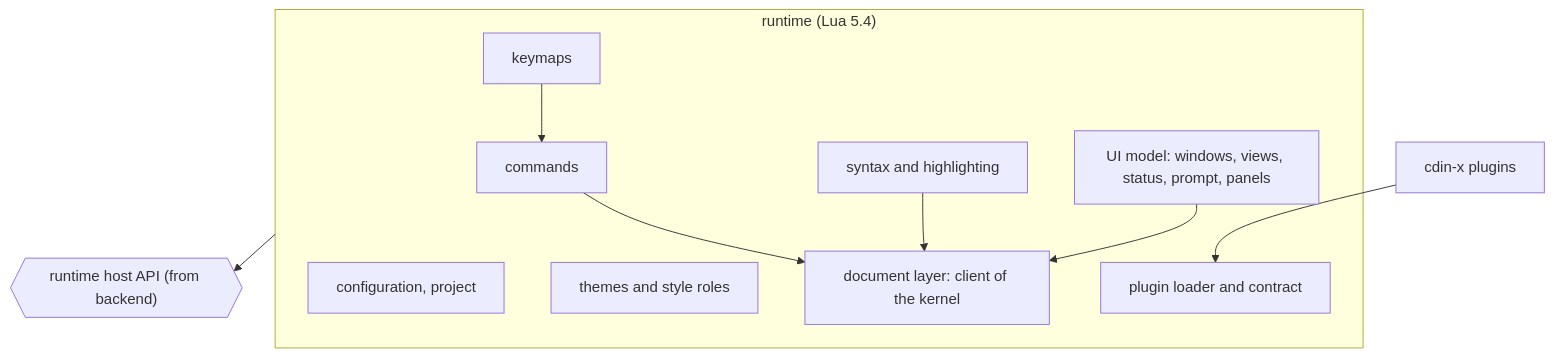
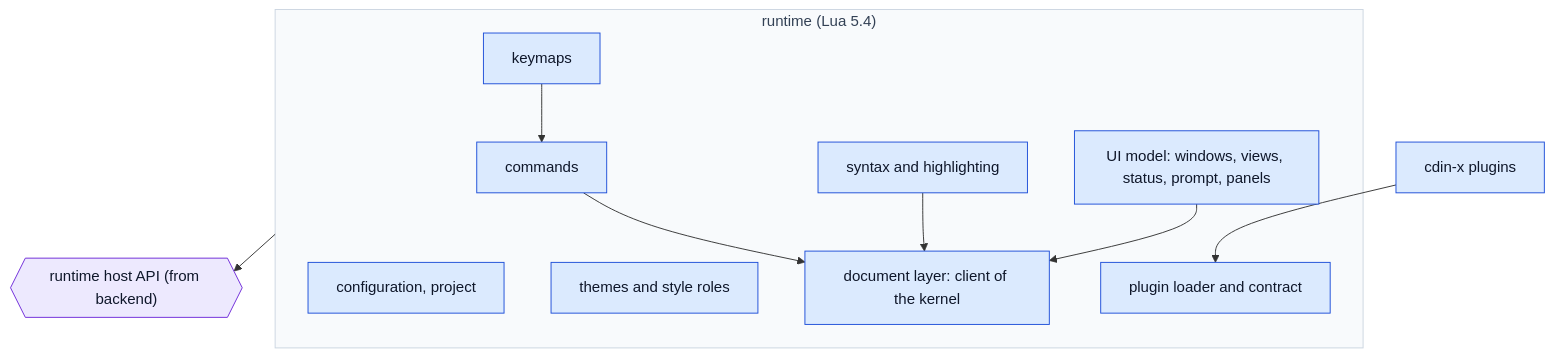
The diagram in docs/components/runtime.md (cdin-editor/spec), drawn with Mermaid before and after one commit. The commit also changed other lines of this file and 6 other files, not shown here.

````diff
--- a/docs/components/runtime.md
+++ b/docs/components/runtime.md
@@ -22,21 +22,27 @@
 ```mermaid
 flowchart TB
     subgraph RT["runtime (Lua 5.4)"]
         CMD["commands"]
         KEY["keymaps"]
         CFG["configuration, project"]
         THEME["themes and style roles"]
         SYN["syntax and highlighting"]
         UIM["UI model: windows, views, status, prompt, panels"]
         DOC["document layer: client of the kernel"]
         PLG["plugin loader and contract"]
     end
     HOST{{"runtime host API (from backend)"}}
     X["cdin-x plugins"]
     X --> PLG
     CMD --> DOC
     KEY --> CMD
     UIM --> DOC
     SYN --> DOC
     RT --> HOST
+    classDef comp fill:#dbeafe,stroke:#1d4ed8,color:#0f172a
+    classDef contract fill:#ede9fe,stroke:#6d28d9,color:#0f172a
+    classDef group fill:#f8fafc,stroke:#cbd5e1,color:#334155
+    class CFG,CMD,DOC,KEY,PLG,SYN,THEME,UIM,X comp
+    class HOST contract
+    class RT group
 ```
````
